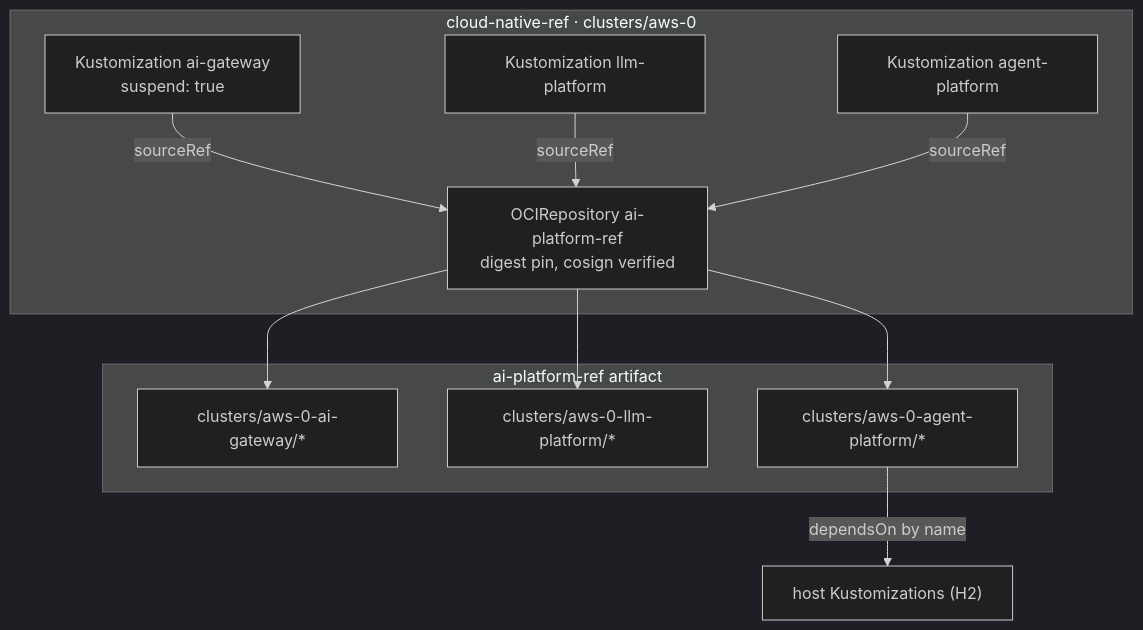
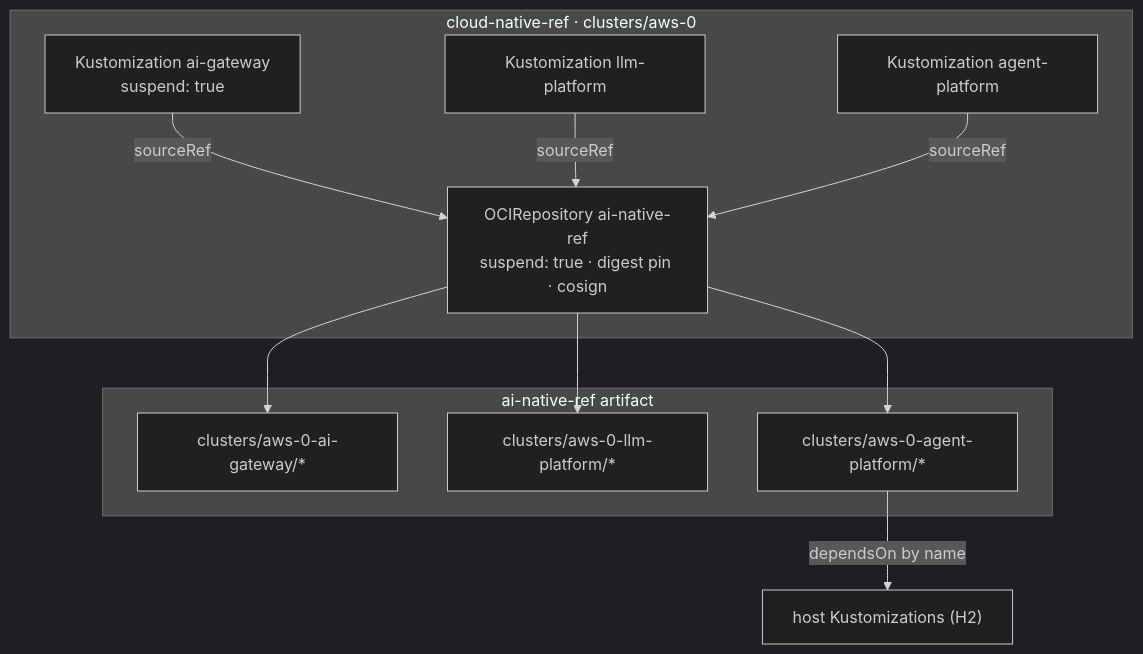
The second of 4 diagrams in docs/superpowers/specs/2026-10-12-ai-platform-split-design.md (Smana/cloud-native-ref), drawn with Mermaid (dark theme) before and after one commit. The commit also changed other lines of this file and 3 other files, not shown here.

First line of the commit message:
📝 docs(ai-platform): ai-native-ref with its own site, and review fixes

````diff
--- a/docs/superpowers/specs/2026-10-12-ai-platform-split-design.md
+++ b/docs/superpowers/specs/2026-10-12-ai-platform-split-design.md
@@ -151,17 +163,17 @@
 ```mermaid
 flowchart TB
   subgraph CNR["cloud-native-ref · clusters/aws-0"]
+    SRC["OCIRepository ai-native-ref<br/>suspend: true · digest pin · cosign"]
     U1["Kustomization ai-gateway<br/>suspend: true"]
     U2["Kustomization llm-platform"]
     U3["Kustomization agent-platform"]
-    SRC["OCIRepository ai-platform-ref<br/>digest pin, cosign verified"]
   end
-  subgraph AIR["ai-platform-ref artifact"]
+  subgraph AIR["ai-native-ref artifact"]
     C1["clusters/aws-0-ai-gateway/*"]
     C2["clusters/aws-0-llm-platform/*"]
     C3["clusters/aws-0-agent-platform/*"]
   end
   U1 & U2 & U3 -->|sourceRef| SRC
   SRC --> C1 & C2 & C3
   C3 -->|dependsOn by name| HOST["host Kustomizations (H2)"]
 ```
````
